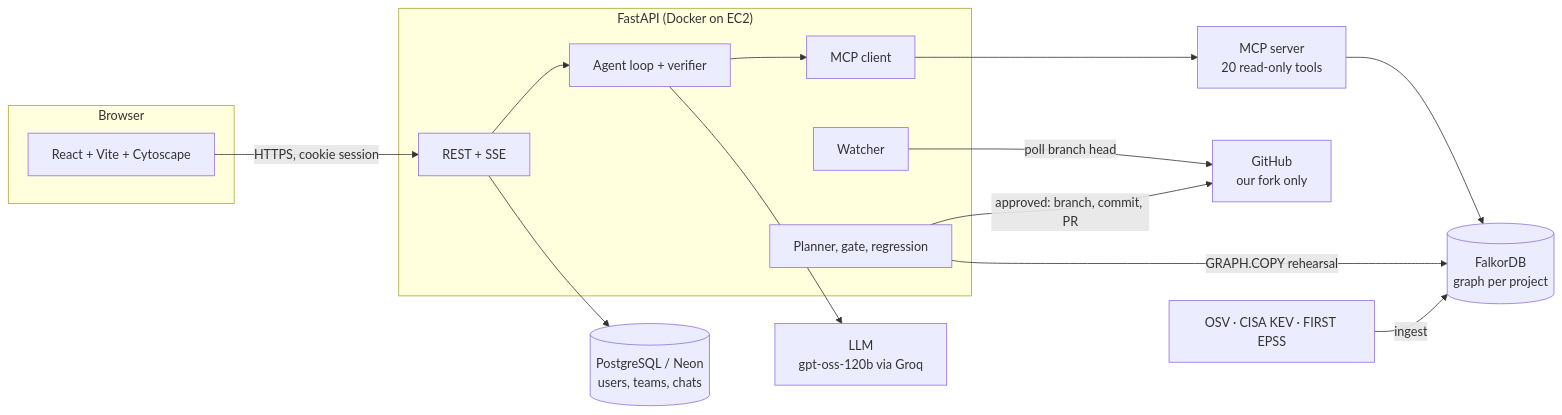
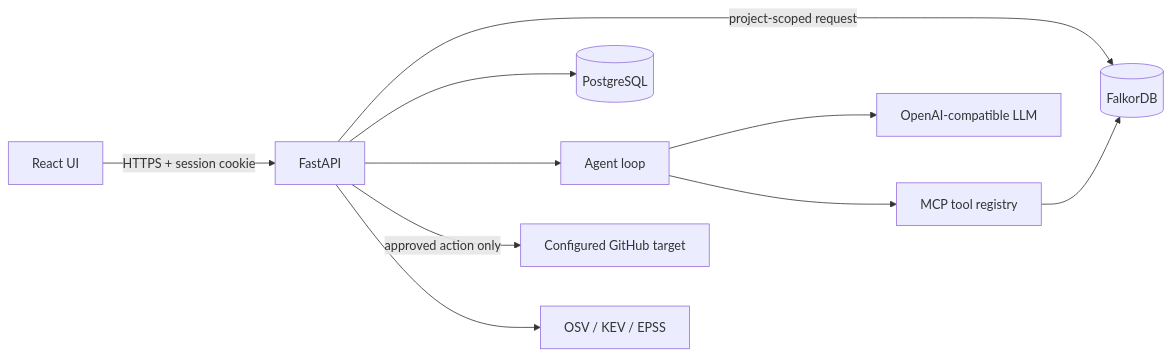
Before and after one commit to ayushKhandelwal07/warden: the diagram in README.md, drawn with Mermaid. The commit also changed other lines of this file, not shown here.

````diff
--- a/README.md
+++ b/README.md
@@ -53,28 +113,12 @@
 ```mermaid
 flowchart LR
-  subgraph Browser
-    UI[React + Vite + Cytoscape]
-  end
-  subgraph API["FastAPI (Docker on EC2)"]
-    A[REST + SSE]
-    AG[Agent loop + verifier]
-    PL[Planner, gate, regression]
-    W[Watcher]
-    MCPC[MCP client]
-  end
-  MCPS[MCP server<br/>20 read-only tools]
-  F[(FalkorDB<br/>graph per project)]
-  P[(PostgreSQL / Neon<br/>users, teams, chats)]
-  L[LLM<br/>gpt-oss-120b via Groq]
-  G[GitHub<br/>our fork only]
-  D[OSV · CISA KEV · FIRST EPSS]
-
-  UI -->|HTTPS, cookie session| A
-  A --> AG --> L
-  AG --> MCPC --> MCPS --> F
-  PL -->|GRAPH.COPY rehearsal| F
-  A --> P
-  W -->|poll branch head| G
-  PL -->|approved: branch, commit, PR| G
-  D -->|ingest| F
+  Browser[React UI] -->|HTTPS + session cookie| API[FastAPI]
+  API -->|project-scoped request| Graph[(FalkorDB)]
+  API --> SQL[(PostgreSQL)]
+  API --> Agent[Agent loop]
+  Agent --> LLM[OpenAI-compatible LLM]
+  Agent --> MCP[MCP tool registry]
+  MCP --> Graph
+  API -->|approved action only| GH[Configured GitHub target]
+  API --> Feeds[OSV / KEV / EPSS]
 ```
````
